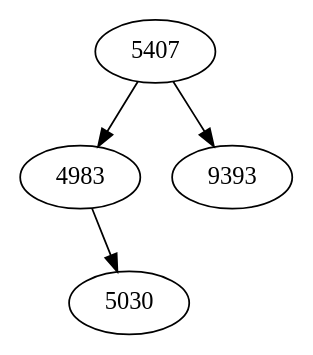
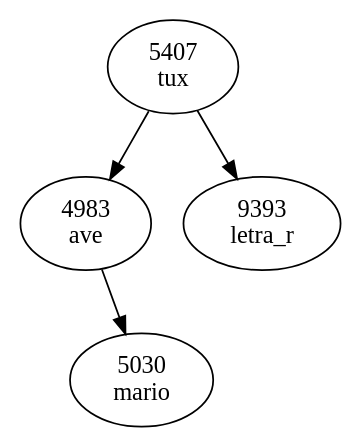
One commit to CarmenMarroquin/FASE2_EDD_VJ1S2023_PY_202001132 changed the diagram in ProyectoFinal/Backend/Reporte/arbolAVL.dot. Above: the diagram before and after it, drawn with Graphviz. The commit also changed 3 other files, not shown here.

```diff
--- a/ProyectoFinal/Backend/Reporte/arbolAVL.dot
+++ b/ProyectoFinal/Backend/Reporte/arbolAVL.dot
@@ -1,1 +1,1 @@
-digraph arbol{ "5407" ; x1 [label="",width=.1,style=invis];"5407" -> "4983" ; x2 [label="",width=.1,style=invis];"4983" -> x2[style=invis]; "4983" -> "5030" ;{rank=same x2 -> "5030" [style=invis]}; "5407" -> "9393" ;{rank=same"4983" -> "9393" [style=invis]}; }
+digraph arbol{ "5407\ntux" ; x1 [label="",width=.1,style=invis];"5407\ntux" -> "4983\nave" ; x2 [label="",width=.1,style=invis];"4983\nave" -> x2[style=invis]; "4983\nave" -> "5030\nmario" ;{rank=same x2 -> "5030\nmario" [style=invis]}; "5407\ntux" -> "9393\nletra_r" ;{rank=same"4983\nave" -> "9393\nletra_r" [style=invis]}; }
```
